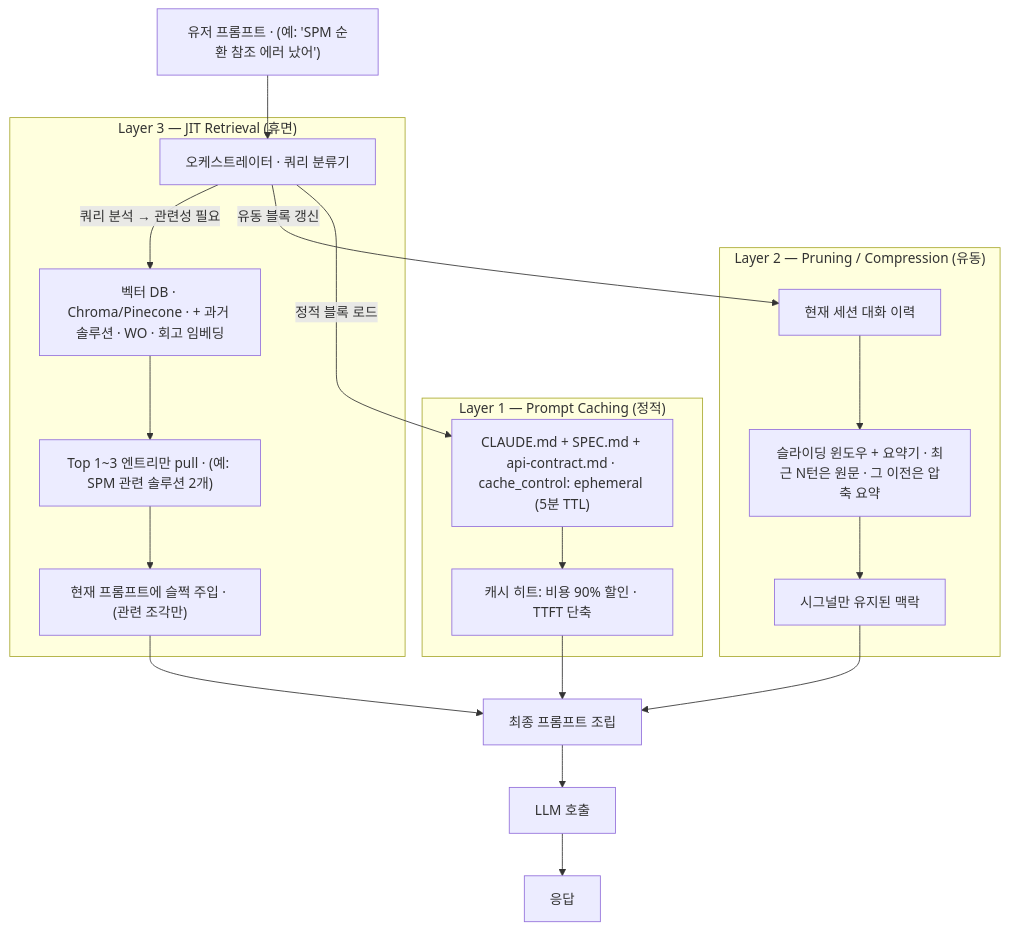
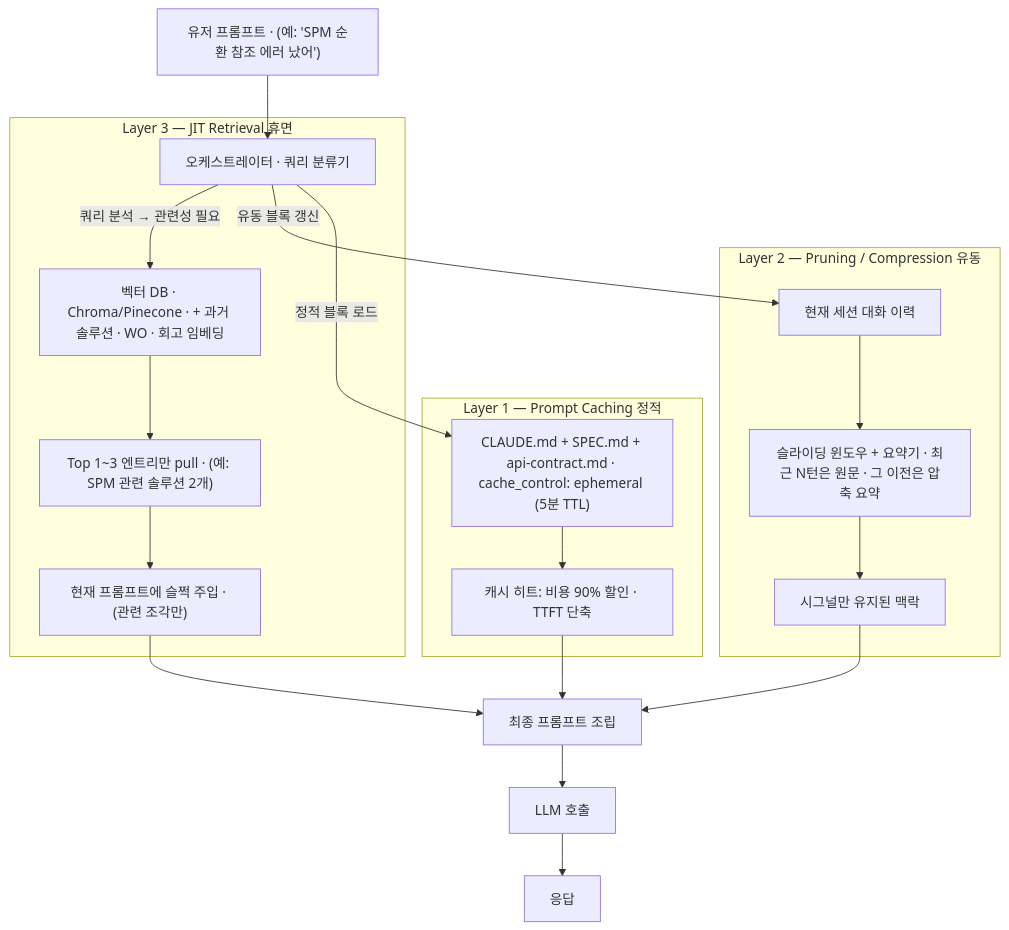
Before and after one commit to Mino777/ai-study: the first of 2 diagrams in content/context-engineering/context-scaling-3-layer-architecture.mdx, drawn with Mermaid. The commit also changed 30 other files, not shown here.

First line of the commit message:
fix: Mermaid 렌더링 에러 42건 수정 + mermaid-fix.mjs 규칙 4개 추가

````diff
--- a/content/context-engineering/context-scaling-3-layer-architecture.mdx
+++ b/content/context-engineering/context-scaling-3-layer-architecture.mdx
@@ -136,38 +136,38 @@
 ```mermaid
 flowchart TD
     User["유저 프롬프트 · (예: 'SPM 순환 참조 에러 났어')"]
 
-    subgraph L1 ["Layer 1 — Prompt Caching (정적)"]
+    subgraph L1["Layer 1 — Prompt Caching 정적"]
       Cache["CLAUDE.md + SPEC.md + api-contract.md · cache_control: ephemeral (5분 TTL)"]
       CacheHit["캐시 히트: 비용 90% 할인 · TTFT 단축"]
     end
 
-    subgraph L2 ["Layer 2 — Pruning / Compression (유동)"]
+    subgraph L2["Layer 2 — Pruning / Compression 유동"]
       Working["현재 세션 대화 이력"]
       Compressor["슬라이딩 윈도우 + 요약기 · 최근 N턴은 원문 · 그 이전은 압축 요약"]
       Shrunk["시그널만 유지된 맥락"]
     end
 
-    subgraph L3 ["Layer 3 — JIT Retrieval (휴면)"]
+    subgraph L3["Layer 3 — JIT Retrieval 휴면"]
       Orchestrator["오케스트레이터 · 쿼리 분류기"]
       VectorDB["벡터 DB · Chroma/Pinecone · + 과거 솔루션 · WO · 회고 임베딩"]
       TopK["Top 1~3 엔트리만 pull · (예: SPM 관련 솔루션 2개)"]
       JITInject["현재 프롬프트에 슬쩍 주입 · (관련 조각만)"]
     end
 
     User --> Orchestrator
     Orchestrator -->|정적 블록 로드| Cache
     Cache --> CacheHit
     Orchestrator -->|유동 블록 갱신| Working
     Working --> Compressor
     Compressor --> Shrunk
     Orchestrator -->|쿼리 분석 → 관련성 필요| VectorDB
     VectorDB --> TopK
     TopK --> JITInject
 
     CacheHit --> Final["최종 프롬프트 조립"]
     Shrunk --> Final
     JITInject --> Final
     Final --> LLM["LLM 호출"]
     LLM --> Output["응답"]
 ```
````
